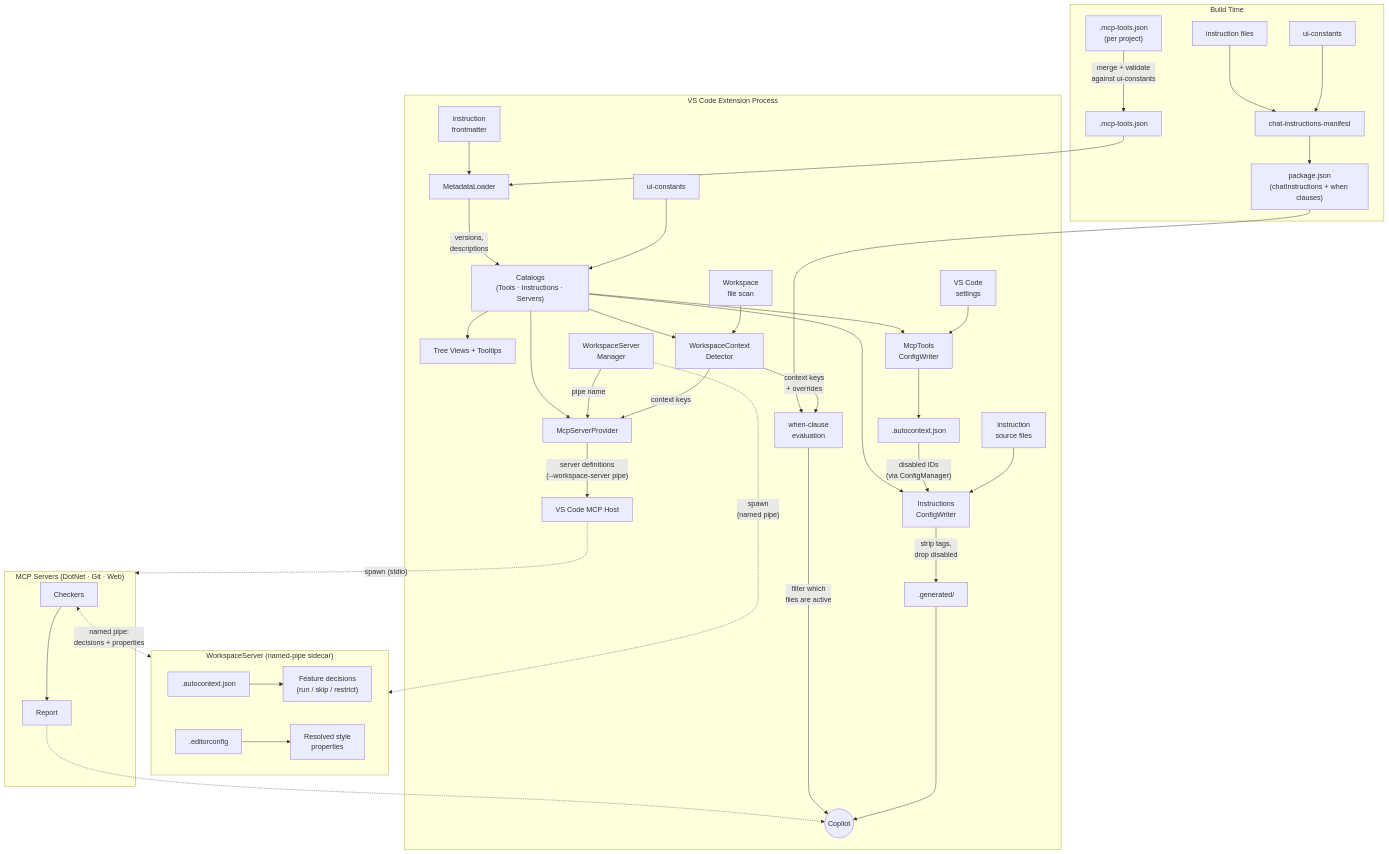
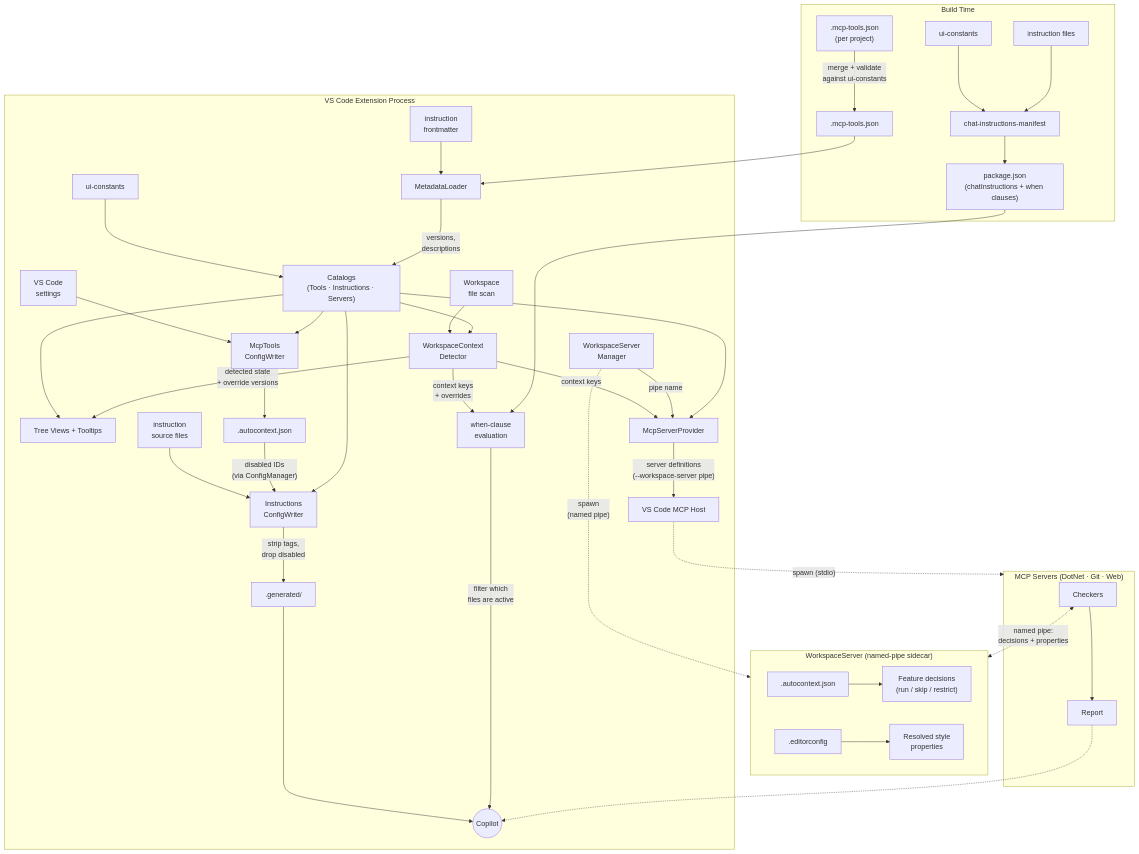
Before and after one commit to 2site-net/AutoContext: the diagram in docs/architecture.md, drawn with Mermaid. The commit also changed other lines of this file and 2 other files, not shown here.

````diff
--- a/docs/architecture.md
+++ b/docs/architecture.md
@@ -31,56 +31,57 @@
 ```mermaid
 flowchart TB
     subgraph build["Build Time"]
         perProj[".mcp-tools.json<br/>(per project)"] -->|"merge + validate<br/>against ui-constants"| merged[".mcp-tools.json"]
         uiConst["ui-constants"] --> chatGen["chat-instructions-manifest"]
         instrFiles["instruction files"] --> chatGen
         chatGen --> pkgJson["package.json<br/>(chatInstructions + when clauses)"]
     end
 
     subgraph ext["VS Code Extension Process"]
         merged --> metaLoad["MetadataLoader"]
         frontmatter["instruction<br/>frontmatter"] --> metaLoad
         uiConstR["ui-constants"] --> catalogs["Catalogs<br/>(Tools · Instructions · Servers)"]
         metaLoad -->|"versions,<br/>descriptions"| catalogs
 
         catalogs --> trees["Tree Views + Tooltips"]
 
         workspace["Workspace<br/>file scan"] --> detector["WorkspaceContext<br/>Detector"]
         catalogs --> detector
+        detector -->|"detected state<br/>+ override versions"| trees
         detector -->|"context keys"| serverProv["McpServerProvider"]
         detector -->|"context keys<br/>+ overrides"| whenEval["when-clause<br/>evaluation"]
         pkgJson --> whenEval
 
         settings["VS Code<br/>settings"] --> toolsWriter["McpTools<br/>ConfigWriter"]
         catalogs --> toolsWriter
         toolsWriter --> acJson[".autocontext.json"]
 
         instrSrc["instruction<br/>source files"] --> instrWriter["Instructions<br/>ConfigWriter"]
         acJson -->|"disabled IDs<br/>(via ConfigManager)"| instrWriter
         catalogs --> instrWriter
         instrWriter -->|"strip tags,<br/>drop disabled"| generated[".generated/"]
 
         generated --> copilot(("Copilot"))
         whenEval -->|"filter which<br/>files are active"| copilot
 
         wsMgr["WorkspaceServer<br/>Manager"] -->|"pipe name"| serverProv
         catalogs --> serverProv
         serverProv -->|"server definitions<br/>(--workspace-server pipe)"| mcpHost["VS Code MCP Host"]
     end
 
     wsMgr -.->|"spawn<br/>(named pipe)"| sidecar
 
     subgraph sidecar["WorkspaceServer (named-pipe sidecar)"]
         acFile[".autocontext.json"] --> decisions["Feature decisions<br/>(run / skip / restrict)"]
         ecFile[".editorconfig"] --> ecProps["Resolved style<br/>properties"]
     end
 
     mcpHost -.->|"spawn (stdio)"| servers
 
     subgraph servers["MCP Servers (DotNet · Git · Web)"]
         checkers["Checkers"] --> report["Report"]
     end
 
     checkers <-.->|"named pipe:<br/>decisions + properties"| sidecar
     report -.-> copilot
 ```
````
